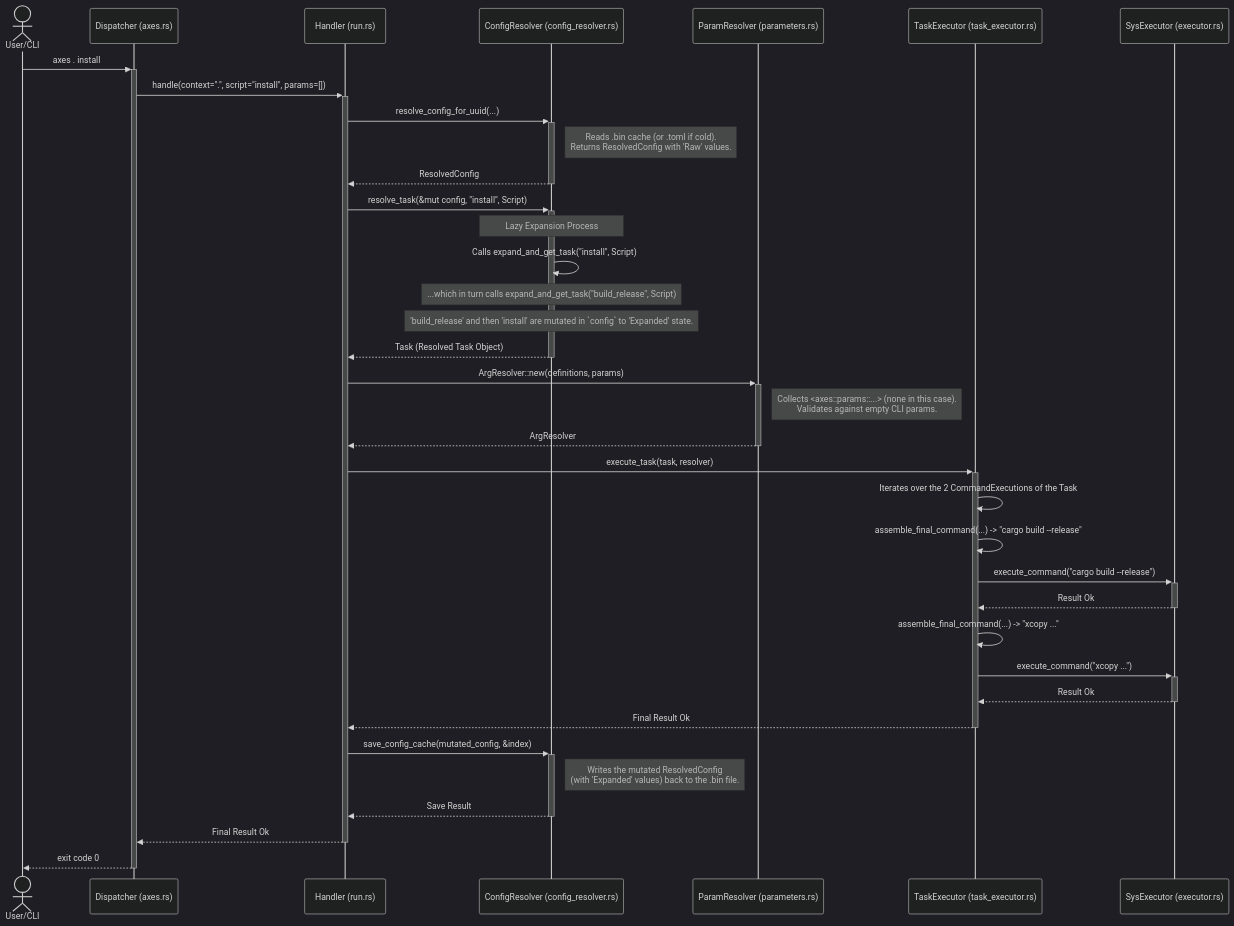
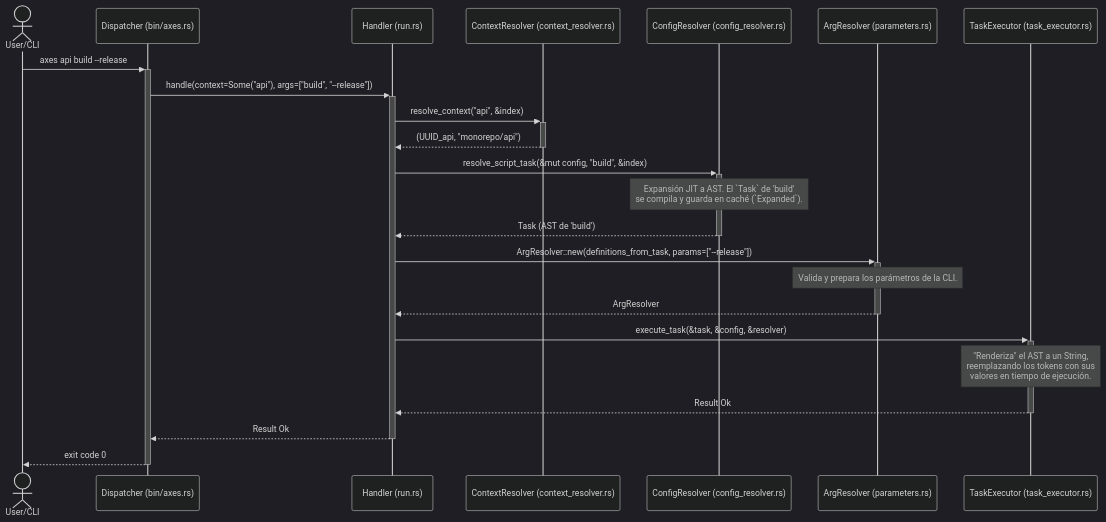
One commit to RetypeOS/axes changed the third of 6 diagrams in TECNICAL.md. Above: the diagram before and after it, drawn with Mermaid (dark theme). The commit also changed other lines of this file and 8 other files, not shown here.

````diff
--- a/TECNICAL.md
+++ b/TECNICAL.md
@@ -389,48 +129,26 @@
 ```mermaid
 sequenceDiagram
     actor User/CLI
-    participant D as Dispatcher (axes.rs)
+    participant D as Dispatcher (bin/axes.rs)
     participant H as Handler (run.rs)
-    participant CR as ConfigResolver (config_resolver.rs)
-    participant PR as ParamResolver (parameters.rs)
+    participant CR as ContextResolver (context_resolver.rs)
+    participant CfgR as ConfigResolver (config_resolver.rs)
+    participant AR as ArgResolver (parameters.rs)
     participant TE as TaskExecutor (task_executor.rs)
-    participant SE as SysExecutor (executor.rs)
 
-    User/CLI->>+D: axes . install
-    D->>+H: handle(context=".", script="install", params=[])
-    
-    H->>+CR: resolve_config_for_uuid(...)
-    Note right of CR: Reads .bin cache (or .toml if cold).<br>Returns ResolvedConfig with 'Raw' values.
-    CR-->>-H: ResolvedConfig
-    
-    H->>+CR: resolve_task(&mut config, "install", Script)
-    
-    Note over CR: Lazy Expansion Process
-    CR->>CR: Calls expand_and_get_task("install", Script)
-    Note over CR: ...which in turn calls expand_and_get_task("build_release", Script)
-    Note over CR: 'build_release' and then 'install' are mutated in `config` to 'Expanded' state.
-    
-    CR-->>-H: Task (Resolved Task Object)
-    
-    H->>+PR: ArgResolver::new(definitions, params)
-    Note right of PR: Collects <axes::params::...> (none in this case).<br>Validates against empty CLI params.
-    PR-->>-H: ArgResolver
-    
-    H->>+TE: execute_task(task, resolver)
-    TE->>TE: Iterates over the 2 CommandExecutions of the Task
-        TE->>TE: assemble_final_command(...) -> "cargo build --release"
-        TE->>+SE: execute_command("cargo build --release")
-        SE-->>-TE: Result Ok
-        TE->>TE: assemble_final_command(...) -> "xcopy ..."
-        TE->>+SE: execute_command("xcopy ...")
-        SE-->>-TE: Result Ok
-    
-    TE-->>-H: Final Result Ok
-    
-    H->>+CR: save_config_cache(mutated_config, &index)
-    Note right of CR: Writes the mutated ResolvedConfig<br>(with 'Expanded' values) back to the .bin file.
-    CR-->>-H: Save Result
-    
-    H-->>-D: Final Result Ok
+    User/CLI->>+D: axes api build --release
+    D->>+H: handle(context=Some("api"), args=["build", "--release"])
+    H->>+CR: resolve_context("api", &index)
+    CR-->>-H: (UUID_api, "monorepo/api")
+    H->>+CfgR: resolve_script_task(&mut config, "build", &index)
+    Note over CfgR: Expansión JIT a AST. El `Task` de 'build'<br>se compila y guarda en caché (`Expanded`).
+    CfgR-->>-H: Task (AST de 'build')
+    H->>+AR: ArgResolver::new(definitions_from_task, params=["--release"])
+    Note over AR: Valida y prepara los parámetros de la CLI.
+    AR-->>-H: ArgResolver
+    H->>+TE: execute_task(&task, &config, &resolver)
+    Note over TE: "Renderiza" el AST a un String,<br>reemplazando los tokens con sus<br>valores en tiempo de ejecución.
+    TE-->>-H: Result Ok
+    H-->>-D: Result Ok
     D-->>-User/CLI: exit code 0
 ```
````
